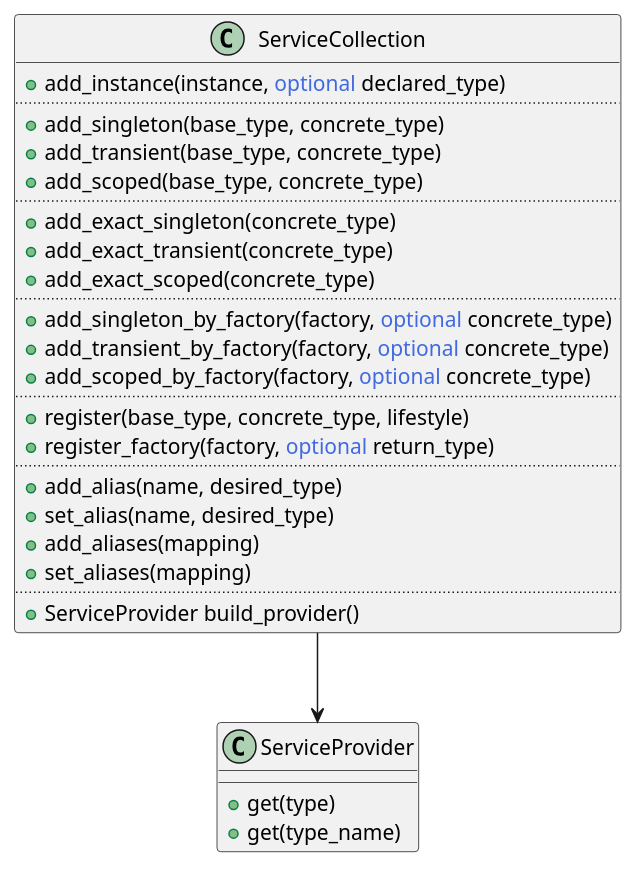
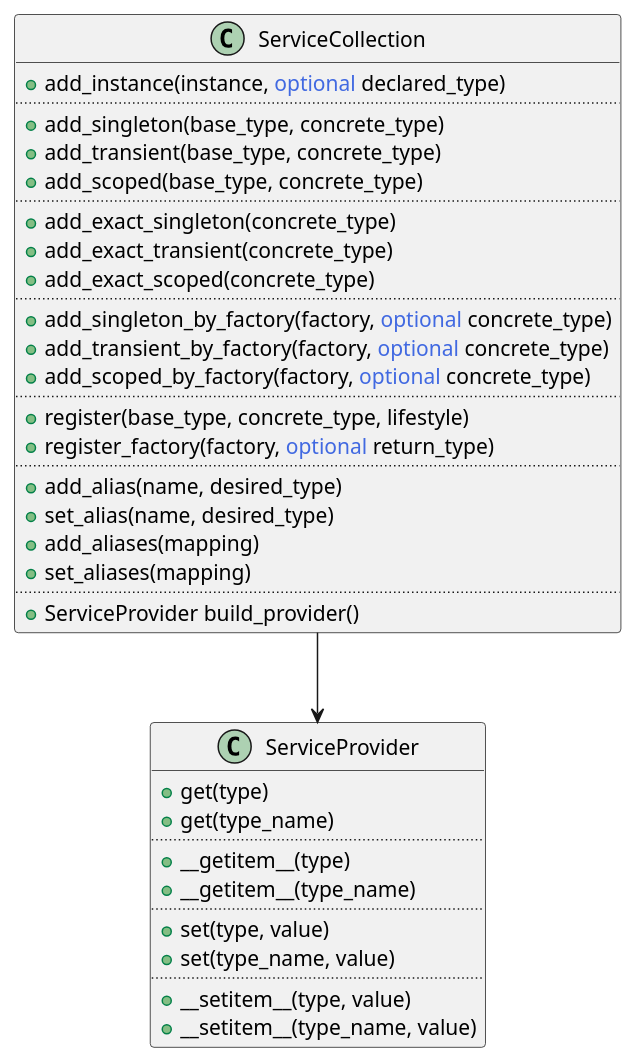
One commit to Neoteroi/rodi changed the diagram in documentation/rodi-classes.wsd. Above: the diagram before and after it, drawn with PlantUML. The commit also changed 3 other files, not shown here.

```diff
--- a/documentation/rodi-classes.wsd
+++ b/documentation/rodi-classes.wsd
@@ -1,36 +1,45 @@
 @startuml classes
 
 class ServiceCollection {
 	+add_instance(instance, <color:royalBlue>optional</color> declared_type)
 	..
 	+add_singleton(base_type, concrete_type)
 	+add_transient(base_type, concrete_type)
 	+add_scoped(base_type, concrete_type)
 	..
 	+add_exact_singleton(concrete_type)
 	+add_exact_transient(concrete_type)
 	+add_exact_scoped(concrete_type)
 	..
 	+add_singleton_by_factory(factory, <color:royalBlue>optional</color> concrete_type)
 	+add_transient_by_factory(factory, <color:royalBlue>optional</color> concrete_type)
 	+add_scoped_by_factory(factory, <color:royalBlue>optional</color> concrete_type)
 	..
 	+register(base_type, concrete_type, lifestyle)
 	+register_factory(factory, <color:royalBlue>optional</color> return_type)
 	..
 	+add_alias(name, desired_type)
 	+set_alias(name, desired_type)
 	+add_aliases(mapping)
 	+set_aliases(mapping)
 	..
 	+ServiceProvider build_provider()
 }
 
 class ServiceProvider {
-  +get(type)
+	+get(type)
 	+get(type_name)
+	..
+	+__getitem__(type)
+	+__getitem__(type_name)
+	..
+	+set(type, value)
+	+set(type_name, value)
+	..
+	+__setitem__(type, value)
+	+__setitem__(type_name, value)
 }
 
 ServiceCollection -down-> ServiceProvider
 
 @enduml
```
